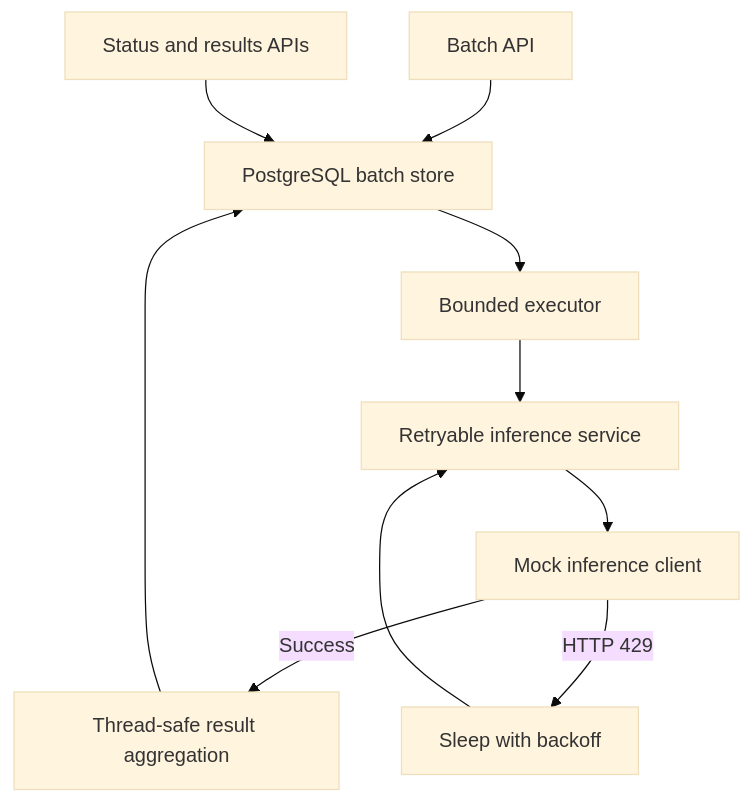
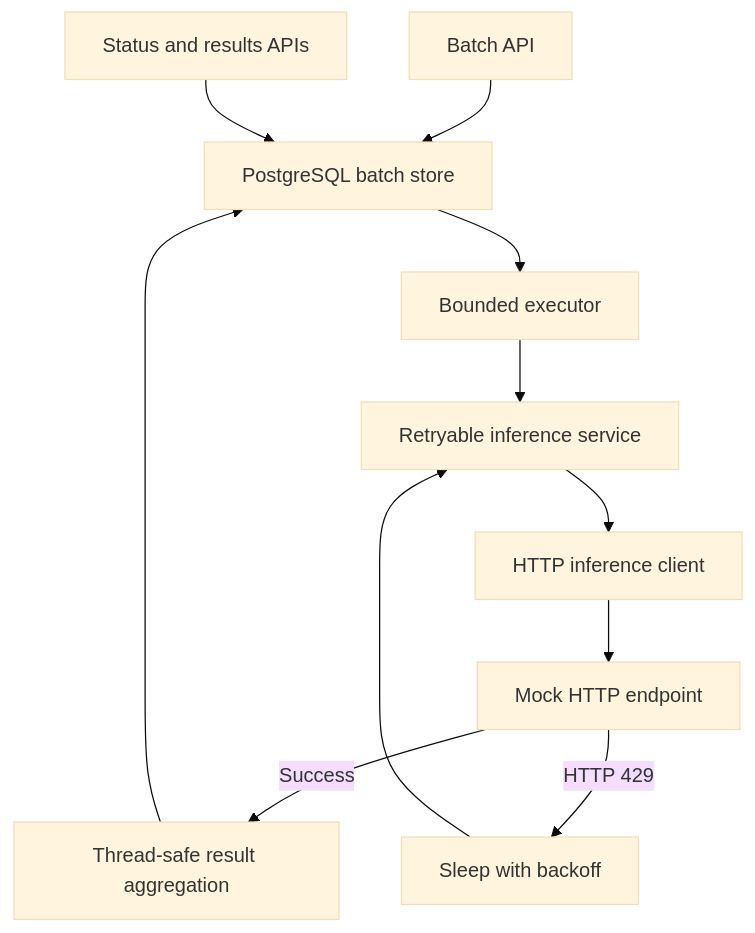
Before and after one commit to chinmay-prac/digitalOceanBatchEngine: the second of 2 diagrams in DESIGN.md, drawn with Mermaid (base theme). The commit also changed other lines of this file and 18 other files, not shown here.

````diff
--- a/DESIGN.md
+++ b/DESIGN.md
@@ -197,12 +211,13 @@
 ```mermaid
 flowchart TD
     A["Batch API"] --> B["PostgreSQL batch store"]
     B --> C["Bounded executor"]
     C --> D["Retryable inference service"]
-    D --> E["Mock inference client"]
-    E -->|"Success"| F["Thread-safe result aggregation"]
-    E -->|"HTTP 429"| G["Sleep with backoff"]
+    D --> E["HTTP inference client"]
+    E --> I["Mock HTTP endpoint"]
+    I -->|"Success"| F["Thread-safe result aggregation"]
+    I -->|"HTTP 429"| G["Sleep with backoff"]
     G --> D
     F --> B
     H["Status and results APIs"] --> B
 ```
````
